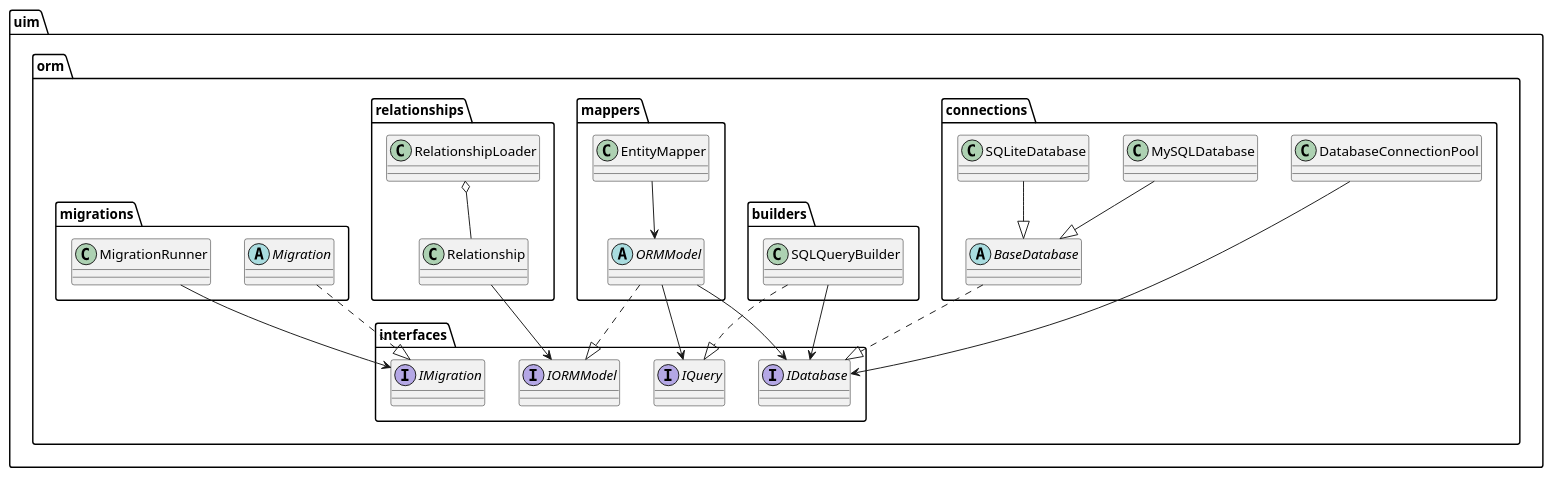
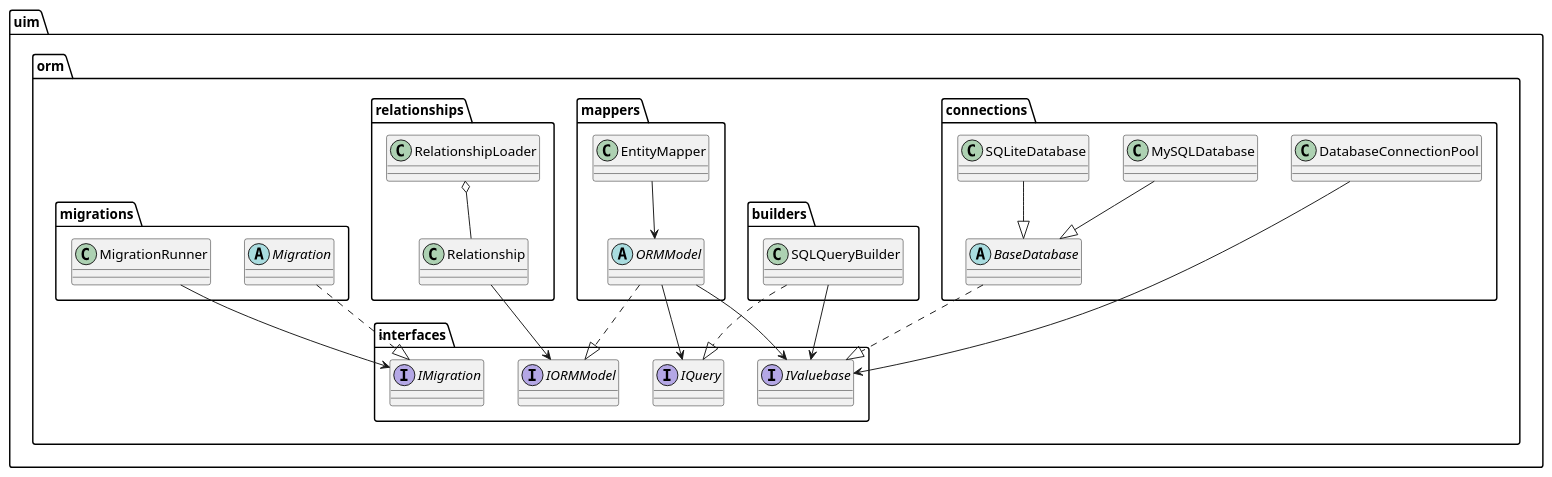
The seventh of 9 diagrams in orm/UML.md (UIMSolutions/uim-framework), drawn with PlantUML before and after one commit. The commit also changed other lines of this file and 29 other files, not shown here.

Commit message:
Refactor database and ORM interfaces to replace IDatabase with IValuebase for improved consistency and type safety

````diff
--- a/orm/UML.md
+++ b/orm/UML.md
@@ -335,57 +335,57 @@
 ```plantuml
 @startuml ORM_System_Overview
 
 package "uim.orm.interfaces" {
-  interface IDatabase
+  interface IValuebase
   interface IQuery
   interface IORMModel
   interface IMigration
 }
 
 package "uim.orm.connections" {
   abstract class BaseDatabase
   class MySQLDatabase
   class SQLiteDatabase
   class DatabaseConnectionPool
 }
 
 package "uim.orm.builders" {
   class SQLQueryBuilder
 }
 
 package "uim.orm.mappers" {
   abstract class ORMModel
   class EntityMapper
 }
 
 package "uim.orm.relationships" {
   class Relationship
   class RelationshipLoader
 }
 
 package "uim.orm.migrations" {
   abstract class Migration
   class MigrationRunner
 }
 
-BaseDatabase ..|> IDatabase
+BaseDatabase ..|> IValuebase
 MySQLDatabase --|> BaseDatabase
 SQLiteDatabase --|> BaseDatabase
-DatabaseConnectionPool --> IDatabase
+DatabaseConnectionPool --> IValuebase
 
 SQLQueryBuilder ..|> IQuery
-SQLQueryBuilder --> IDatabase
+SQLQueryBuilder --> IValuebase
 
 ORMModel ..|> IORMModel
-ORMModel --> IDatabase
+ORMModel --> IValuebase
 ORMModel --> IQuery
 EntityMapper --> ORMModel
 
 Relationship --> IORMModel
 RelationshipLoader o-- Relationship
 
 Migration ..|> IMigration
 MigrationRunner --> IMigration
 
 @enduml
 ```
````
